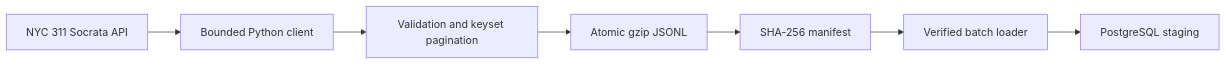
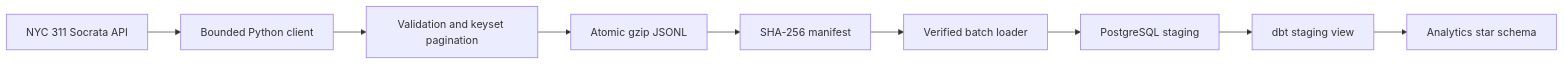
Before and after one commit to Neloy4321/DataForge-360: the first of 2 diagrams in docs/ARCHITECTURE.md, drawn with Mermaid. The commit also changed other lines of this file and 18 other files, not shown here.

First line of the commit message:
feat: dbt star schema and verified analytics data quality (#2)

````diff
--- a/docs/ARCHITECTURE.md
+++ b/docs/ARCHITECTURE.md
@@ -5,9 +5,11 @@
 ```mermaid
 flowchart LR
     A[NYC 311 Socrata API] --> B[Bounded Python client]
     B --> C[Validation and keyset pagination]
     C --> D[Atomic gzip JSONL]
     D --> E[SHA-256 manifest]
     E --> F[Verified batch loader]
     F --> G[PostgreSQL staging]
+    G --> H[dbt staging view]
+    H --> I[Analytics star schema]
 ```
````
